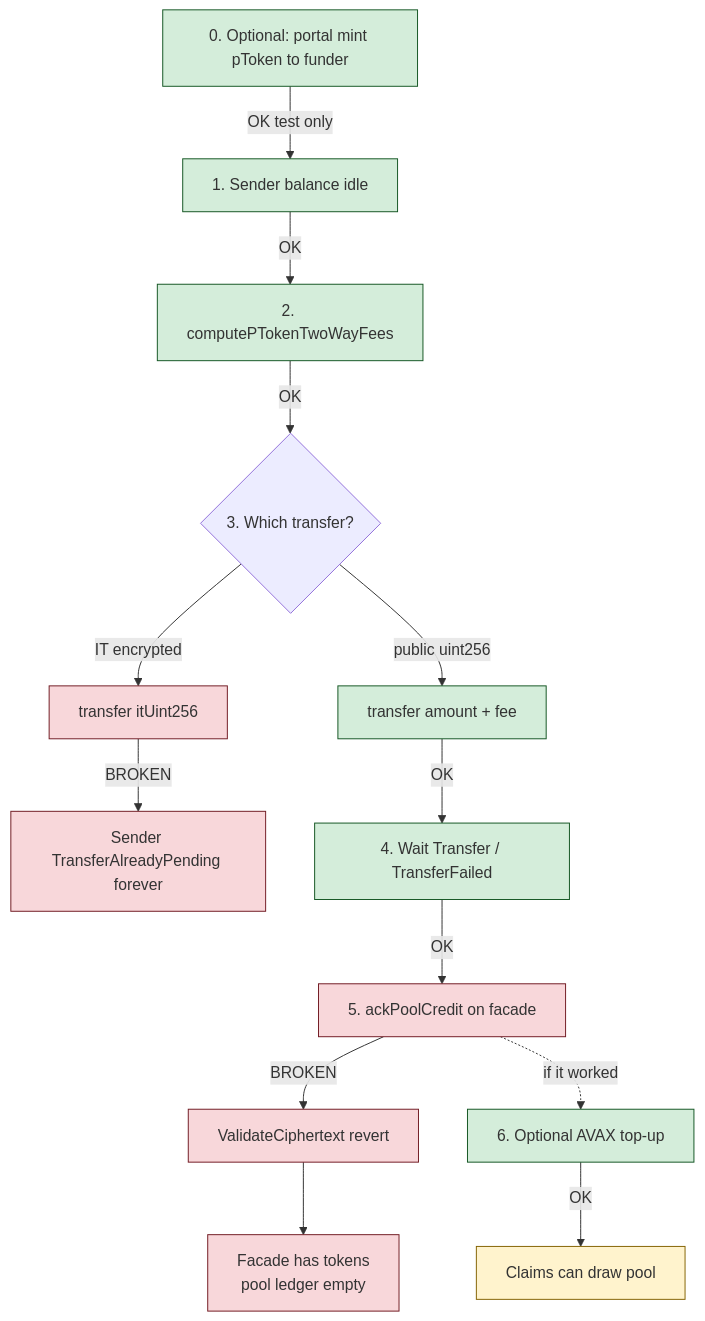
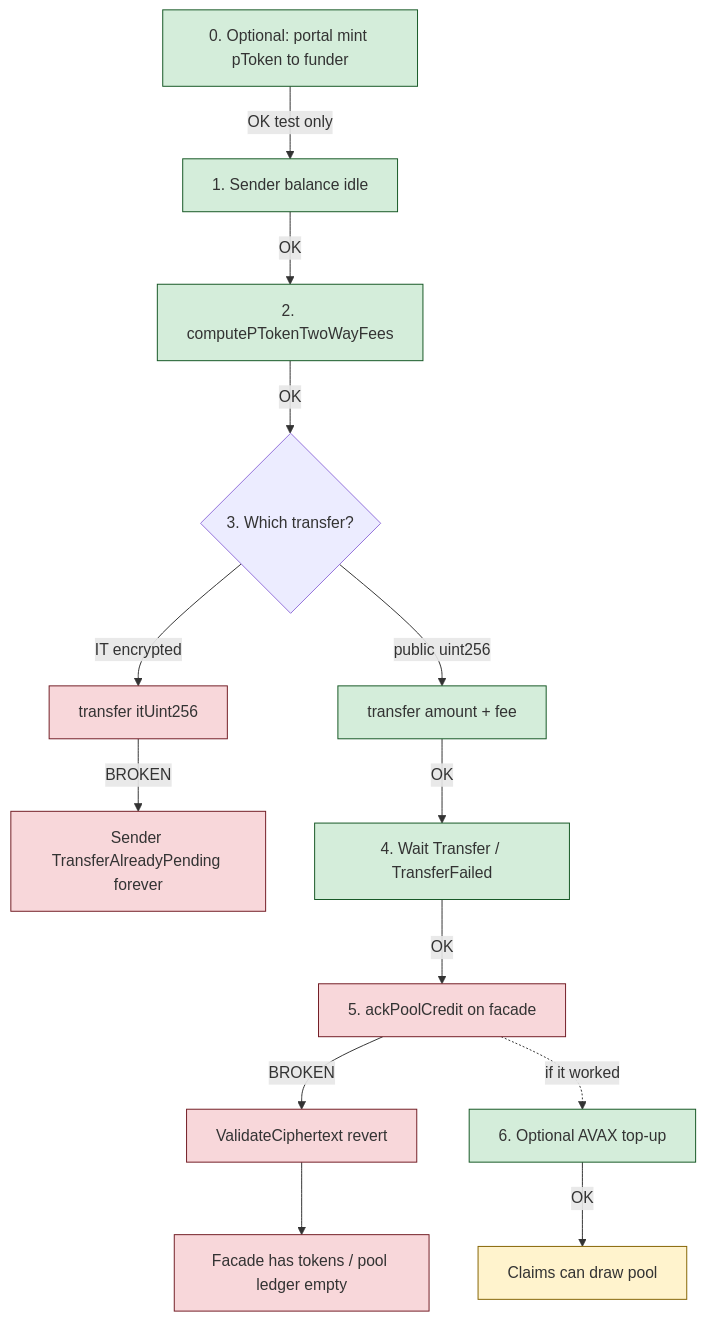
One commit to cotitech-io/hrpayroll-ui changed the second of 3 diagrams in ui/docs/fundCampaign.md. Above: the diagram before and after it, drawn with Mermaid. The commit also changed other lines of this file and 1 other file, not shown here.

First line of the commit message:
Fix mermaid syntax so fund and create flow diagrams render

````diff
--- a/ui/docs/fundCampaign.md
+++ b/ui/docs/fundCampaign.md
@@ -57,28 +56,28 @@
 ```mermaid
 flowchart TD
   A[0. Optional: portal mint pToken to funder] -->|OK test only| B[1. Sender balance idle]
   B -->|OK| C[2. computePTokenTwoWayFees]
   C -->|OK| D{3. Which transfer?}
   D -->|IT encrypted| E[transfer itUint256]
   D -->|public uint256| F[transfer amount + fee]
   E -->|BROKEN| Stuck[Sender TransferAlreadyPending forever]
   F -->|OK| G[4. Wait Transfer / TransferFailed]
   G -->|OK| H[5. ackPoolCredit on facade]
   H -->|BROKEN| I[ValidateCiphertext revert]
-  I --> J[Facade has tokens<br/>pool ledger empty]
+  I --> J[Facade has tokens / pool ledger empty]
   H -.->|if it worked| K[6. Optional AVAX top-up]
   K -->|OK| L[Claims can draw pool]
 
   style E fill:#f8d7da,stroke:#721c24
   style Stuck fill:#f8d7da,stroke:#721c24
   style H fill:#f8d7da,stroke:#721c24
   style I fill:#f8d7da,stroke:#721c24
   style J fill:#f8d7da,stroke:#721c24
   style A fill:#d4edda,stroke:#155724
   style B fill:#d4edda,stroke:#155724
   style C fill:#d4edda,stroke:#155724
   style F fill:#d4edda,stroke:#155724
   style G fill:#d4edda,stroke:#155724
   style K fill:#d4edda,stroke:#155724
   style L fill:#fff3cd,stroke:#856404
 ```
````
